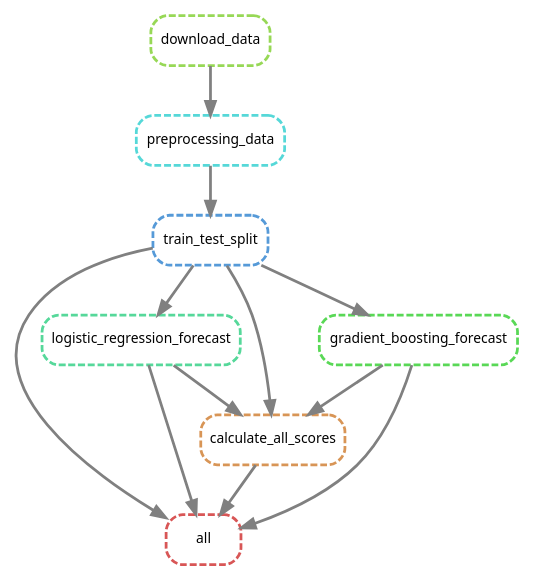
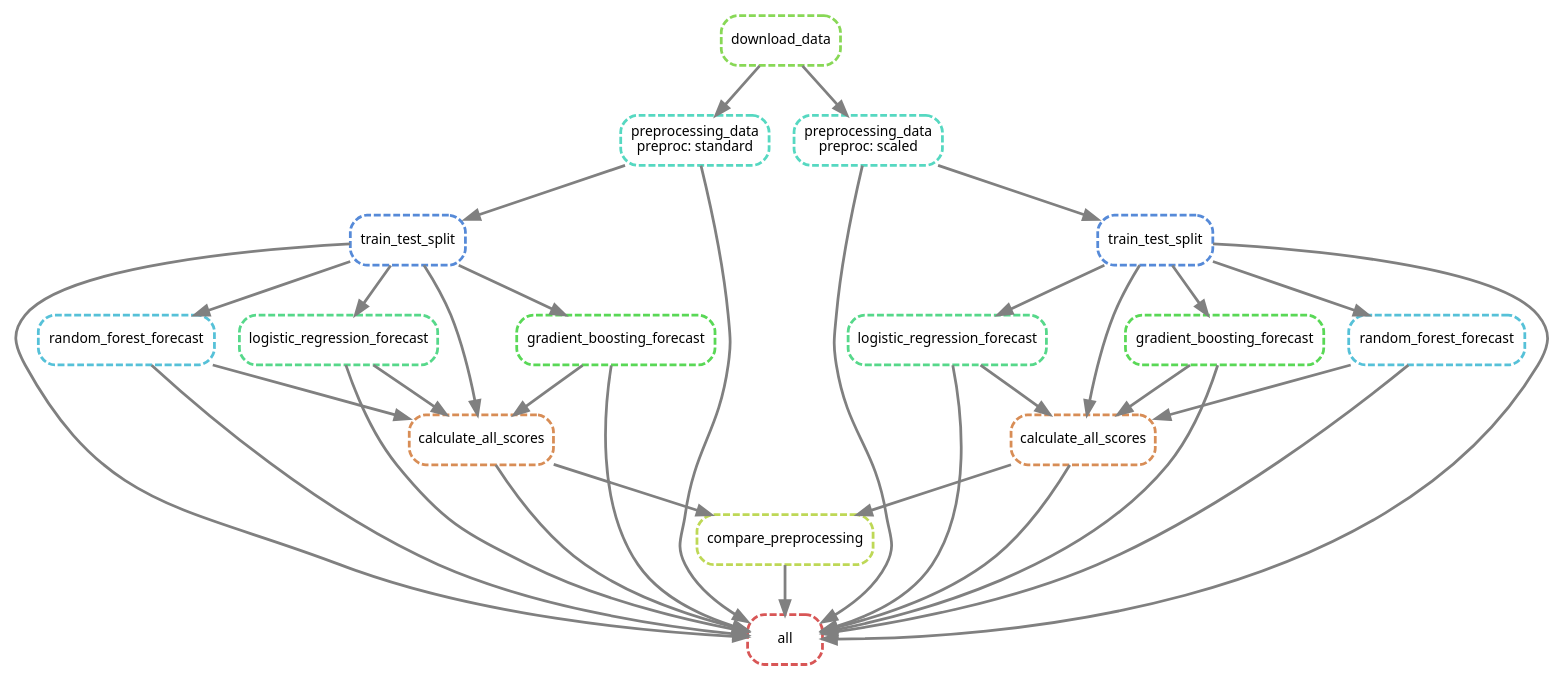
One commit to Megamozkul/test-repository changed the diagram in dz15/workflow.dot. Above: the diagram before and after it, drawn with Graphviz. The commit also changed 33 other files, not shown here.

```diff
--- a/dz15/workflow.dot
+++ b/dz15/workflow.dot
@@ -1,23 +1,53 @@
 digraph snakemake_dag {
     graph[bgcolor=white, margin=0];
     node[shape=box, style=rounded, fontname=sans,                 fontsize=10, penwidth=2];
     edge[penwidth=2, color=grey];
 	0[label = "all", color = "0.00 0.6 0.85", style="rounded,dashed"];
-	1[label = "train_test_split", color = "0.58 0.6 0.85", style="rounded,dashed"];
-	2[label = "preprocessing_data", color = "0.50 0.6 0.85", style="rounded,dashed"];
-	3[label = "download_data", color = "0.25 0.6 0.85", style="rounded,dashed"];
-	4[label = "logistic_regression_forecast", color = "0.42 0.6 0.85", style="rounded,dashed"];
-	5[label = "gradient_boosting_forecast", color = "0.33 0.6 0.85", style="rounded,dashed"];
-	6[label = "calculate_all_scores", color = "0.08 0.6 0.85", style="rounded,dashed"];
+	1[label = "preprocessing_data\npreproc: standard", color = "0.47 0.6 0.85", style="rounded,dashed"];
+	2[label = "download_data", color = "0.27 0.6 0.85", style="rounded,dashed"];
+	3[label = "preprocessing_data\npreproc: scaled", color = "0.47 0.6 0.85", style="rounded,dashed"];
+	4[label = "train_test_split", color = "0.60 0.6 0.85", style="rounded,dashed"];
+	5[label = "train_test_split", color = "0.60 0.6 0.85", style="rounded,dashed"];
+	6[label = "logistic_regression_forecast", color = "0.40 0.6 0.85", style="rounded,dashed"];
+	7[label = "logistic_regression_forecast", color = "0.40 0.6 0.85", style="rounded,dashed"];
+	8[label = "gradient_boosting_forecast", color = "0.33 0.6 0.85", style="rounded,dashed"];
+	9[label = "gradient_boosting_forecast", color = "0.33 0.6 0.85", style="rounded,dashed"];
+	10[label = "random_forest_forecast", color = "0.53 0.6 0.85", style="rounded,dashed"];
+	11[label = "random_forest_forecast", color = "0.53 0.6 0.85", style="rounded,dashed"];
+	12[label = "calculate_all_scores", color = "0.07 0.6 0.85", style="rounded,dashed"];
+	13[label = "calculate_all_scores", color = "0.07 0.6 0.85", style="rounded,dashed"];
+	14[label = "compare_preprocessing", color = "0.20 0.6 0.85", style="rounded,dashed"];
 	1 -> 0
+	3 -> 0
 	4 -> 0
 	5 -> 0
 	6 -> 0
+	7 -> 0
+	8 -> 0
+	9 -> 0
+	10 -> 0
+	11 -> 0
+	12 -> 0
+	13 -> 0
+	14 -> 0
 	2 -> 1
-	3 -> 2
+	2 -> 3
 	1 -> 4
-	1 -> 5
-	1 -> 6
+	3 -> 5
 	4 -> 6
-	5 -> 6
+	5 -> 7
+	4 -> 8
+	5 -> 9
+	4 -> 10
+	5 -> 11
+	4 -> 12
+	6 -> 12
+	8 -> 12
+	10 -> 12
+	5 -> 13
+	7 -> 13
+	9 -> 13
+	11 -> 13
+	12 -> 14
+	13 -> 14
 }            
```
